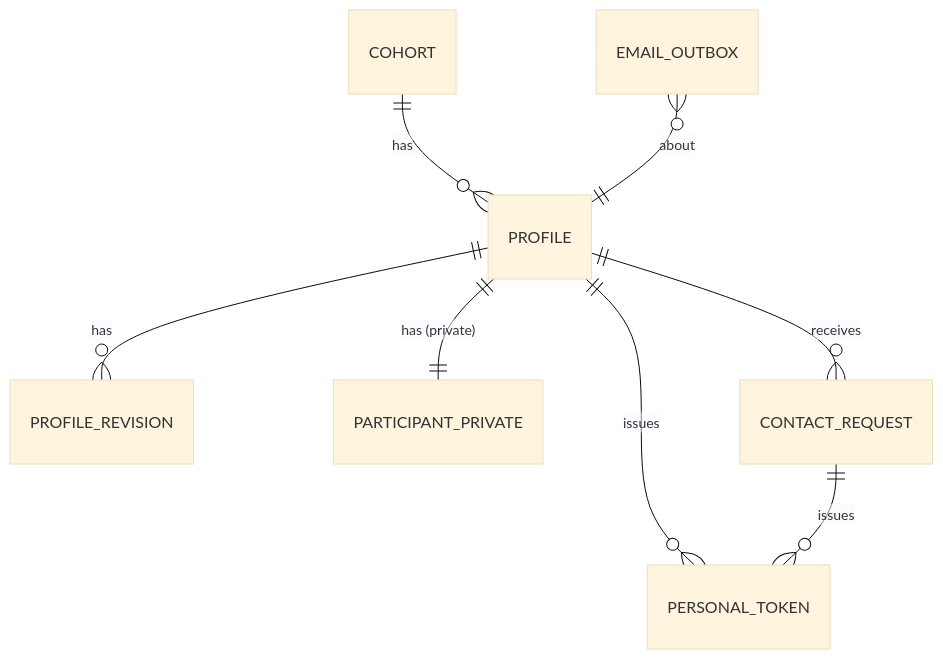
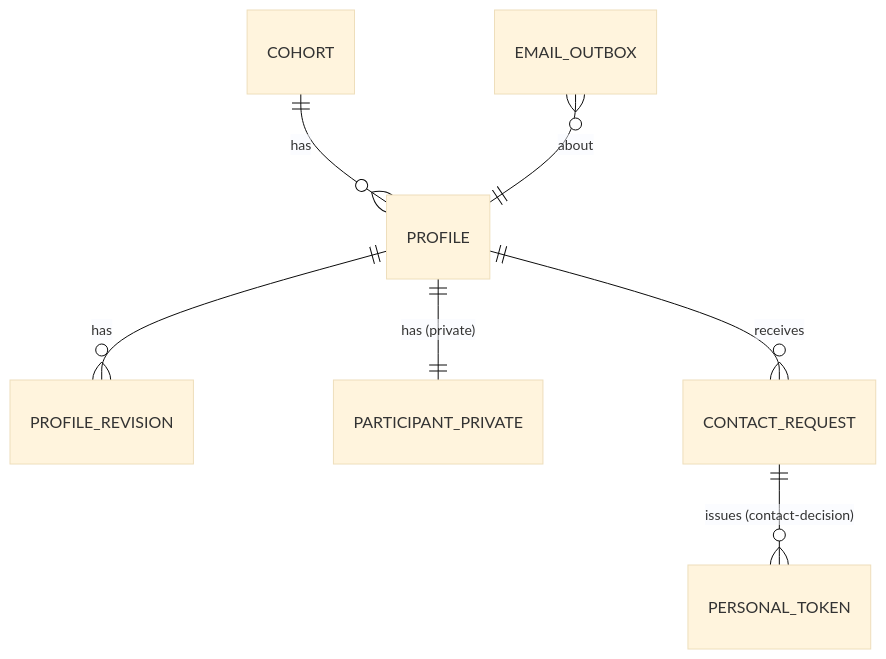
Before and after one commit to shirachaitovsky-svg/resume_app: the fourth of 4 diagrams in _bmad-output/planning-artifacts/architecture/architecture-resume_app-2026-10-21/ARCHITECTURE-SPINE.md, drawn with Mermaid (base theme). The commit also changed other lines of this file and 5 other files, not shown here.

````diff
--- a/_bmad-output/planning-artifacts/architecture/architecture-resume_app-2026-10-21/ARCHITECTURE-SPINE.md
+++ b/_bmad-output/planning-artifacts/architecture/architecture-resume_app-2026-10-21/ARCHITECTURE-SPINE.md
@@ -248,10 +248,9 @@
 ```mermaid
 erDiagram
   COHORT ||--o{ PROFILE : "has"
   PROFILE ||--o{ PROFILE_REVISION : "has"
   PROFILE ||--|| PARTICIPANT_PRIVATE : "has (private)"
   PROFILE ||--o{ CONTACT_REQUEST : "receives"
-  PROFILE ||--o{ PERSONAL_TOKEN : "issues"
-  CONTACT_REQUEST ||--o{ PERSONAL_TOKEN : "issues"
+  CONTACT_REQUEST ||--o{ PERSONAL_TOKEN : "issues (contact-decision)"
   EMAIL_OUTBOX }o--|| PROFILE : "about"
 ```
````
